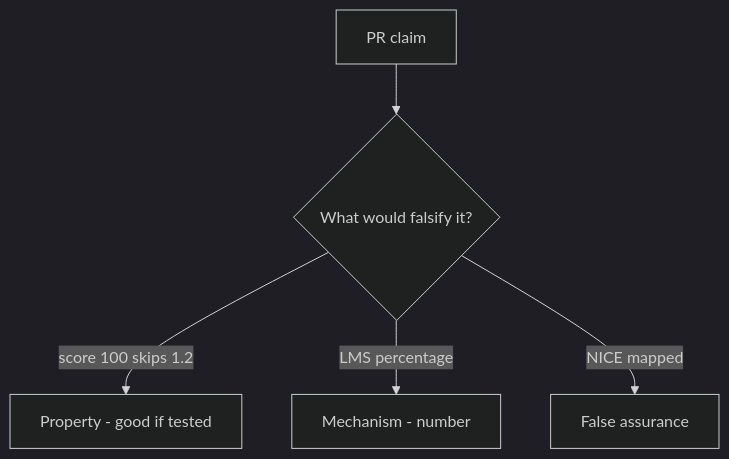
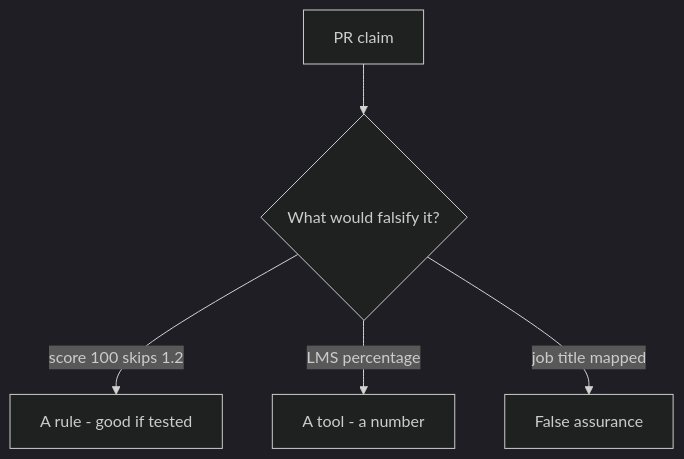
One commit to ishitvagoel/LearnSecurity changed the diagram in content/modules/0/0.2/lessons/08-review.md. Above: the diagram before and after it, drawn with Mermaid (dark theme). The commit also changed other lines of this file and 44 other files, not shown here.

````diff
--- a/content/modules/0/0.2/lessons/08-review.md
+++ b/content/modules/0/0.2/lessons/08-review.md
@@ -17,7 +17,7 @@
 ```mermaid
 flowchart TD
   Claim[PR claim] --> Q{"What would falsify it?"}
-  Q -->|"score 100 skips 1.2"| Property["Property - good if tested"]
-  Q -->|LMS percentage| Mechanism[Mechanism - number]
-  Q -->|NICE mapped| False[False assurance]
+  Q -->|"score 100 skips 1.2"| Property["A rule - good if tested"]
+  Q -->|LMS percentage| Mechanism[A tool - a number]
+  Q -->|job title mapped| False[False assurance]
 ```
````
